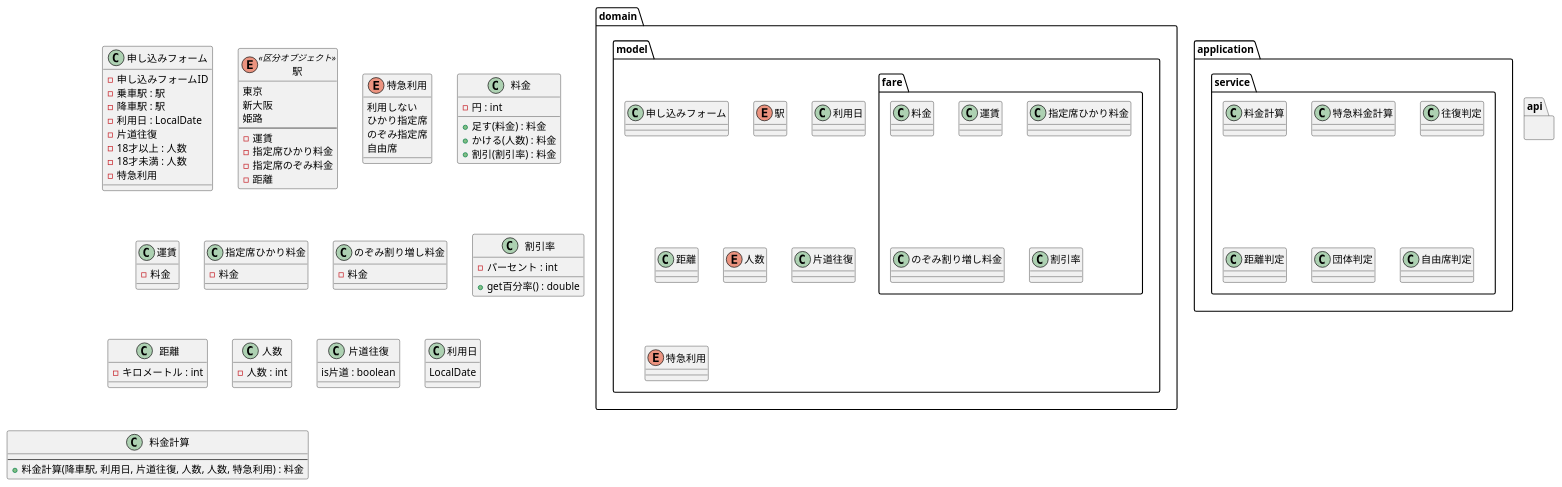
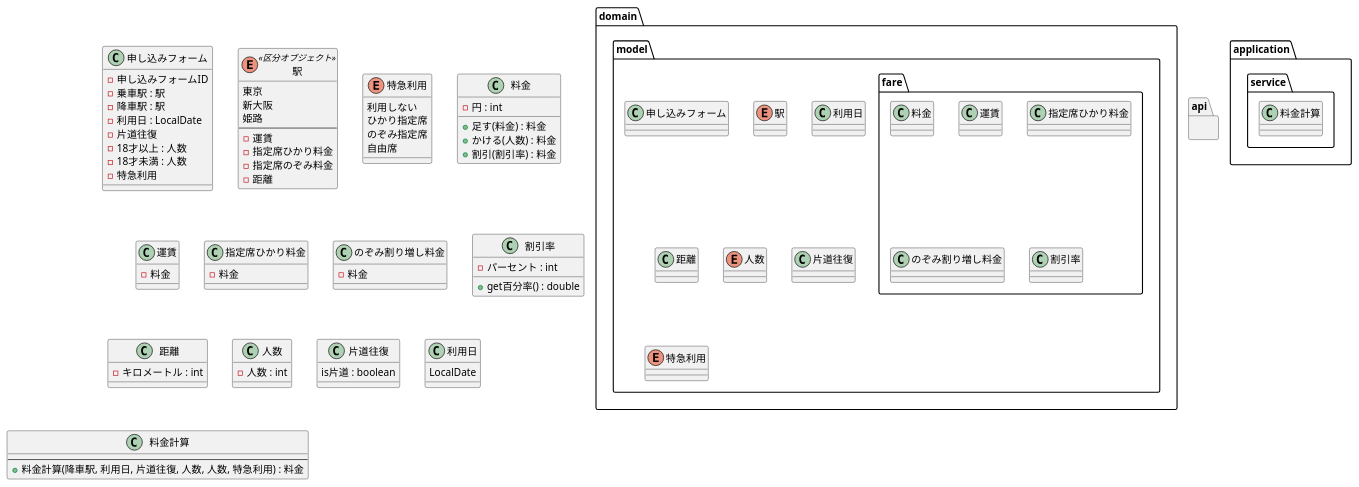
One commit to MiuraKotaro/jr-pricing changed the diagram in uml/class.puml. Above: the diagram before and after it, drawn with PlantUML. The commit also changed 4 other files, not shown here.

```diff
--- a/uml/class.puml
+++ b/uml/class.puml
@@ -1,109 +1,103 @@
 @startuml
 
 package domain {
     package model {
 
         class 申し込みフォーム
         enum 駅
         package fare {
             class 料金
             class 運賃
             class 指定席ひかり料金
             class のぞみ割り増し料金
             class 割引率
         }
         class 利用日
         class 距離
         enum 人数
         class 片道往復
         enum 特急利用
     }
 
 }
 
 package application {
     package service {
         class 料金計算
-        class 特急料金計算
-
-        class 往復判定
-        class 距離判定
-        class 団体判定
-        class 自由席判定
     }
 }
 
 package api {
 }
 
 class 申し込みフォーム {
     - 申し込みフォームID
     - 乗車駅 : 駅
     - 降車駅 : 駅
     - 利用日 : LocalDate
     - 片道往復
     - 18才以上 : 人数
     - 18才未満 : 人数
     - 特急利用
 
 
 }
 enum 駅 <<区分オブジェクト>> {
     東京
     新大阪
     姫路
     --
     - 運賃
     - 指定席ひかり料金
     - 指定席のぞみ料金
     - 距離
 }
 enum 特急利用 {
     利用しない
     ひかり指定席
     のぞみ指定席
     自由席
 }
 class 料金 {
     - 円 : int
 
     + 足す(料金) : 料金
     + かける(人数) : 料金
     + 割引(割引率) : 料金
 }
 class 運賃 {
     - 料金
 
 }
 class 指定席ひかり料金 {
     - 料金
 
 }
 class のぞみ割り増し料金 {
     - 料金
 
 }
 class 割引率 {
     - パーセント : int
 
     + get百分率() : double
 }
 class 距離 {
     - キロメートル : int
 }
 class 人数 {
     - 人数 : int
 }
 class 片道往復 {
     is片道 : boolean
 }
 class 利用日 {
     LocalDate
 }
 
 class 料金計算 {
     --
     + 料金計算(降車駅, 利用日, 片道往復, 人数, 人数, 特急利用) : 料金
 }
 
 @enduml
```
